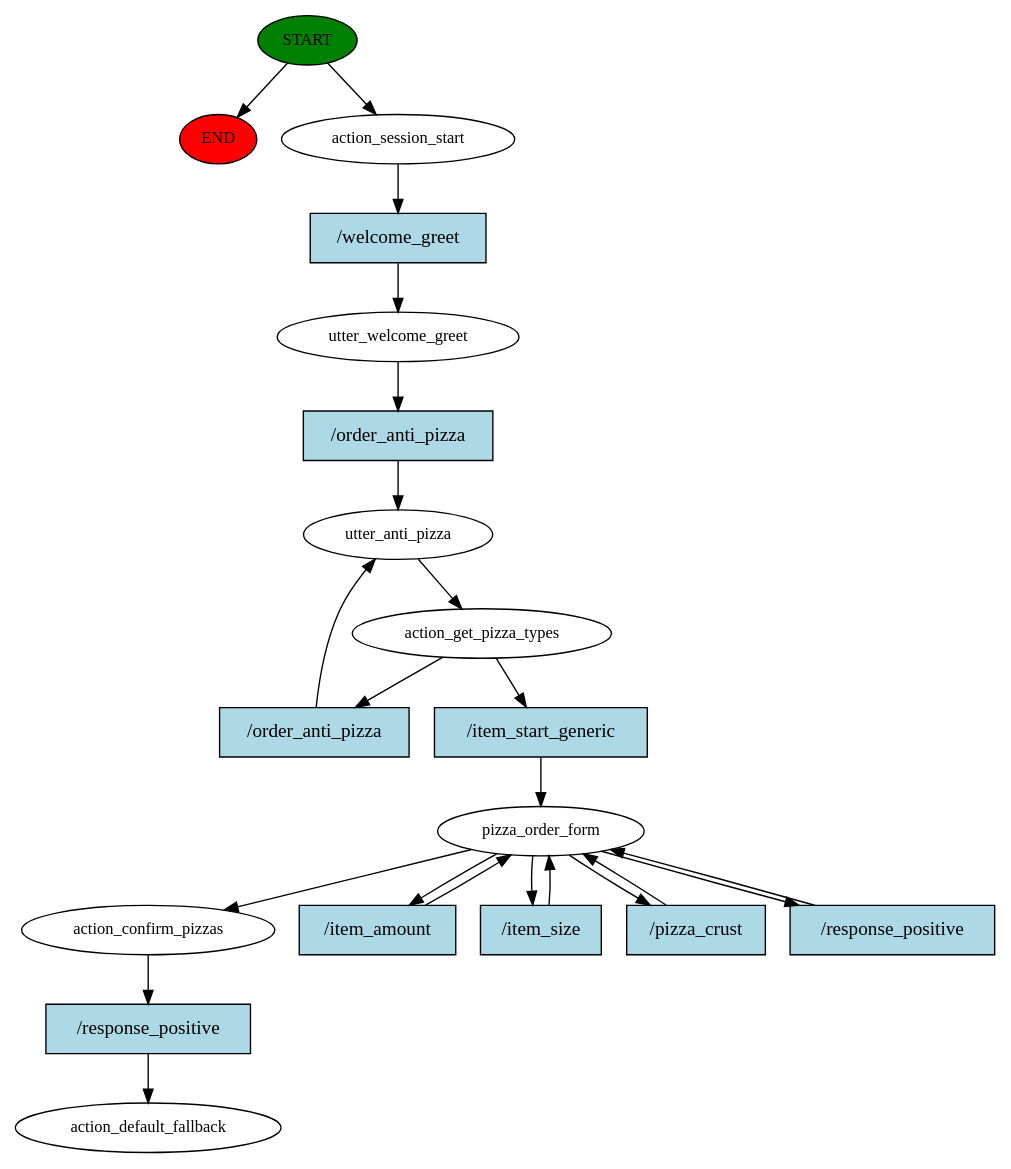
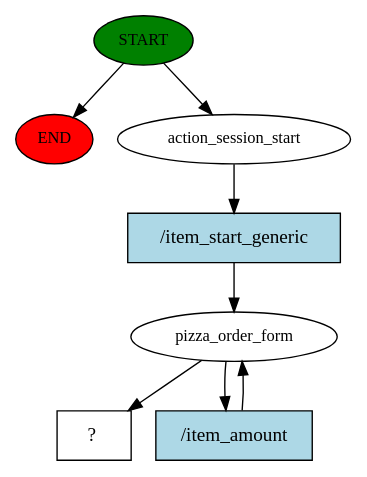
One commit to ericsua/PizzaBot changed the diagram in story_graph.dot. Above: the diagram before and after it, drawn with Graphviz. The commit also changed 2 other files, not shown here.

Commit message:
acks in form and repeat question if different intent than requested slot

```diff
--- a/story_graph.dot
+++ b/story_graph.dot
@@ -1,42 +1,16 @@
 digraph  {
 0 [class="start active", fillcolor=green, fontsize=12, label=START, style=filled];
 "-1" [class=end, fillcolor=red, fontsize=12, label=END, style=filled];
 1 [class=active, fontsize=12, label=action_session_start];
-2 [class=active, fontsize=12, label=utter_welcome_greet];
-3 [class=active, fontsize=12, label=utter_anti_pizza];
-4 [class=active, fontsize=12, label=action_get_pizza_types];
-7 [class=active, fontsize=12, label=pizza_order_form];
-12 [class=active, fontsize=12, label=action_confirm_pizzas];
-13 [class="dashed active", fontsize=12, label=action_default_fallback];
-14 [class="intent active", fillcolor=lightblue, label="/welcome_greet", shape=rect, style=filled];
-15 [class="intent active", fillcolor=lightblue, label="/order_anti_pizza", shape=rect, style=filled];
-16 [class="intent active", fillcolor=lightblue, label="/order_anti_pizza", shape=rect, style=filled];
-17 [class="intent active", fillcolor=lightblue, label="/item_start_generic", shape=rect, style=filled];
-18 [class="intent active", fillcolor=lightblue, label="/item_amount", shape=rect, style=filled];
-19 [class="intent active", fillcolor=lightblue, label="/item_size", shape=rect, style=filled];
-20 [class="intent active", fillcolor=lightblue, label="/pizza_crust", shape=rect, style=filled];
-21 [class="intent active", fillcolor=lightblue, label="/response_positive", shape=rect, style=filled];
-22 [class="intent active", fillcolor=lightblue, label="/response_positive", shape=rect, style=filled];
+2 [class=active, fontsize=12, label=pizza_order_form];
+5 [class="intent dashed active", label="  ?  ", shape=rect];
+6 [class="intent active", fillcolor=lightblue, label="/item_start_generic", shape=rect, style=filled];
+7 [class="intent active", fillcolor=lightblue, label="/item_amount", shape=rect, style=filled];
 0 -> "-1"  [class="", key=NONE, label=""];
 0 -> 1  [class=active, key=NONE, label=""];
-1 -> 14  [class=active, key=0];
-2 -> 15  [class=active, key=0];
-3 -> 4  [class=active, key=NONE, label=""];
-4 -> 16  [class=active, key=0];
-4 -> 17  [class=active, key=0];
-7 -> 12  [class=active, key=NONE, label=""];
-7 -> 18  [class=active, key=0];
-7 -> 19  [class=active, key=0];
-7 -> 20  [class=active, key=0];
-7 -> 21  [class=active, key=0];
-12 -> 22  [class=active, key=0];
-14 -> 2  [class=active, key=0];
-15 -> 3  [class=active, key=0];
-16 -> 3  [class=active, key=0];
-17 -> 7  [class=active, key=0];
-18 -> 7  [class=active, key=0];
-19 -> 7  [class=active, key=0];
-20 -> 7  [class=active, key=0];
-21 -> 7  [class=active, key=0];
-22 -> 13  [class=active, key=0];
+1 -> 6  [class=active, key=0];
+2 -> 5  [class=active, key=NONE, label=""];
+2 -> 7  [class=active, key=0];
+6 -> 2  [class=active, key=0];
+7 -> 2  [class=active, key=0];
 }
```
